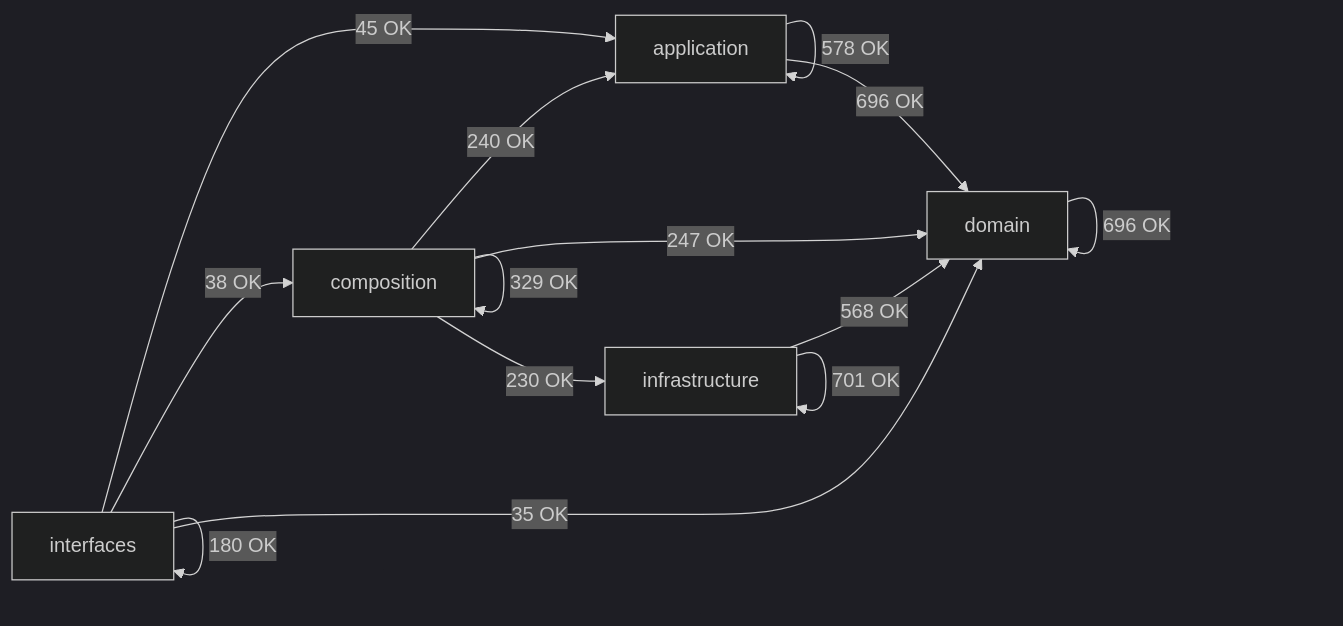
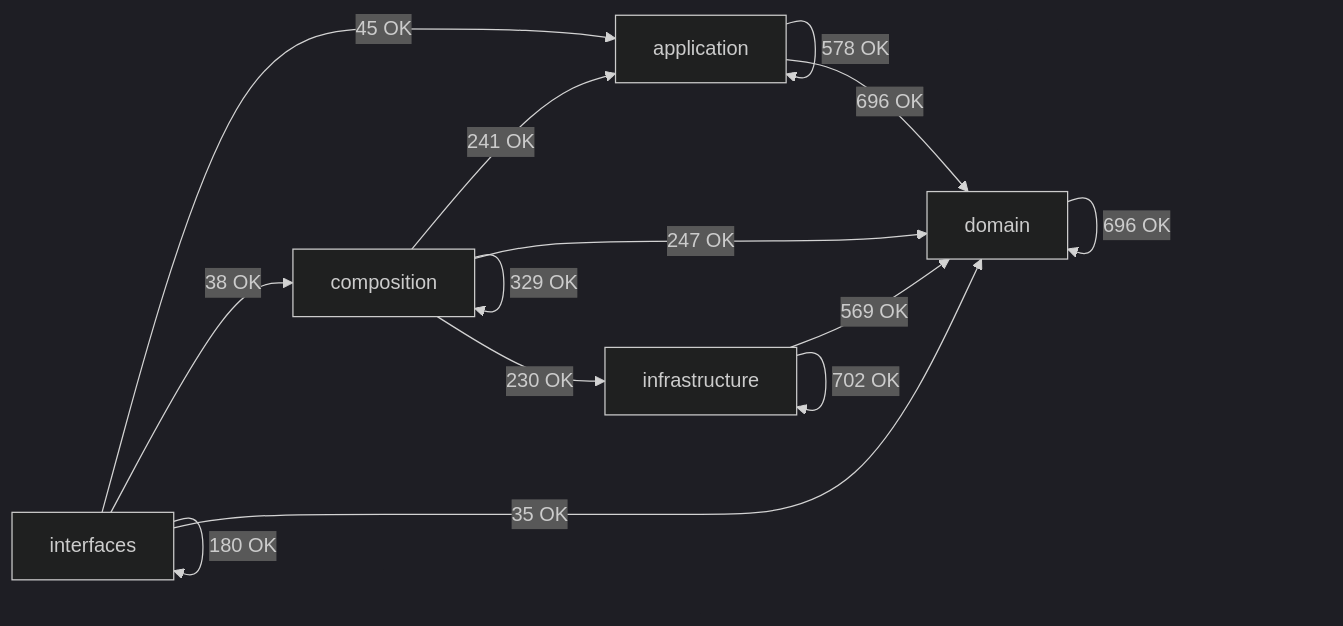
The diagram in docs/02-architecture/generated/module-dependency-map.md (SatoryKono/BioactivityDataAcquisition), drawn with Mermaid (dark theme) before and after one commit. The commit also changed other lines of this file and 17 other files, not shown here.

````diff
--- a/docs/02-architecture/generated/module-dependency-map.md
+++ b/docs/02-architecture/generated/module-dependency-map.md
@@ -16,21 +16,21 @@
 ```mermaid
 flowchart LR
     domain[domain]
     application[application]
     infrastructure[infrastructure]
     composition[composition]
     interfaces[interfaces]
     application -->|578 OK| application
     application -->|696 OK| domain
-    composition -->|240 OK| application
+    composition -->|241 OK| application
     composition -->|329 OK| composition
     composition -->|247 OK| domain
     composition -->|230 OK| infrastructure
     domain -->|696 OK| domain
-    infrastructure -->|568 OK| domain
-    infrastructure -->|701 OK| infrastructure
+    infrastructure -->|569 OK| domain
+    infrastructure -->|702 OK| infrastructure
     interfaces -->|45 OK| application
     interfaces -->|38 OK| composition
     interfaces -->|35 OK| domain
     interfaces -->|180 OK| interfaces
 ```
````
